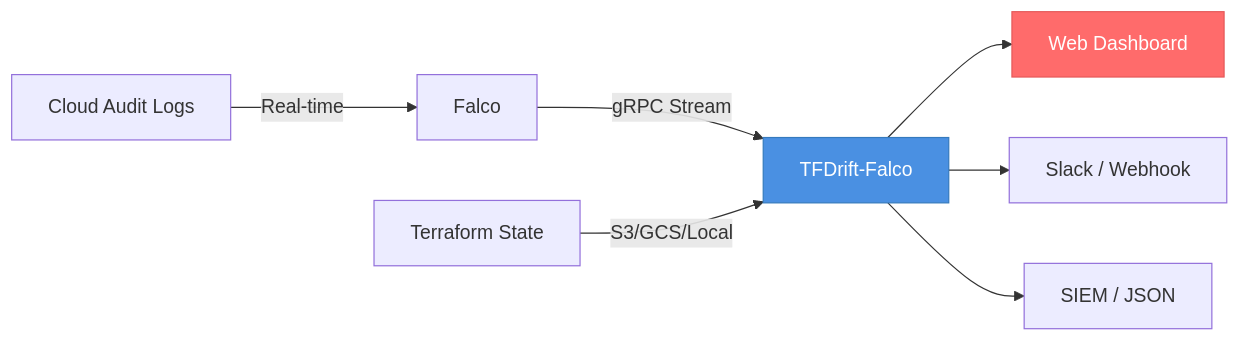
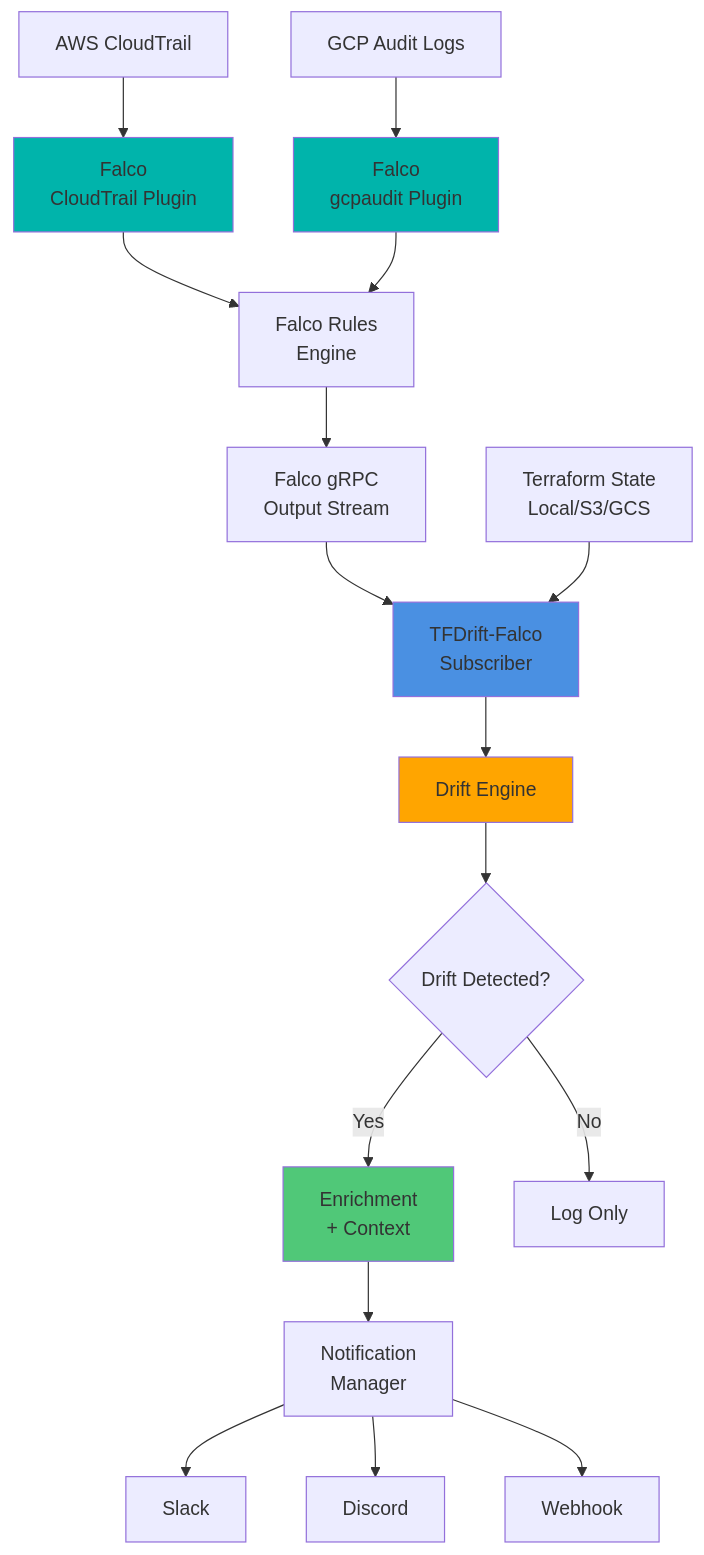
The diagram in README.md (higakikeita/tfdrift-falco), drawn with Mermaid before and after one commit. The commit also changed other lines of this file and 6 other files, not shown here.

````diff
--- a/README.md
+++ b/README.md
@@ -77,12 +621,28 @@
 ```mermaid
-graph LR
-    A[Cloud Audit Logs] -->|Real-time| B[Falco]
-    B -->|gRPC Stream| C[TFDrift-Falco]
-    D[Terraform State] -->|S3/GCS/Local| C
-    C --> E[Web Dashboard]
-    C --> F[Slack / Webhook]
-    C --> G[SIEM / JSON]
+graph TB
+    A[AWS CloudTrail] --> B[Falco<br/>CloudTrail Plugin]
+    A2[GCP Audit Logs] --> B2[Falco<br/>gcpaudit Plugin]
+    B --> C[Falco Rules<br/>Engine]
+    B2 --> C
+    C --> D[Falco gRPC<br/>Output Stream]
+    D --> E[TFDrift-Falco<br/>Subscriber]
 
-    style C fill:#4A90E2,color:#fff,stroke:#357ABD
-    style E fill:#FF6B6B,color:#fff,stroke:#E55A5A
+    F[Terraform State<br/>Local/S3/GCS] --> E
+
+    E --> G[Drift Engine]
+    G --> H{Drift Detected?}
+
+    H -->|Yes| I[Enrichment<br/>+ Context]
+    H -->|No| J[Log Only]
+
+    I --> K[Notification<br/>Manager]
+    K --> L[Slack]
+    K --> M[Discord]
+    K --> N[Webhook]
+
+    style E fill:#4A90E2
+    style G fill:#FFA500
+    style I fill:#50C878
+    style B fill:#00B4AB
+    style B2 fill:#00B4AB
 ```
````
